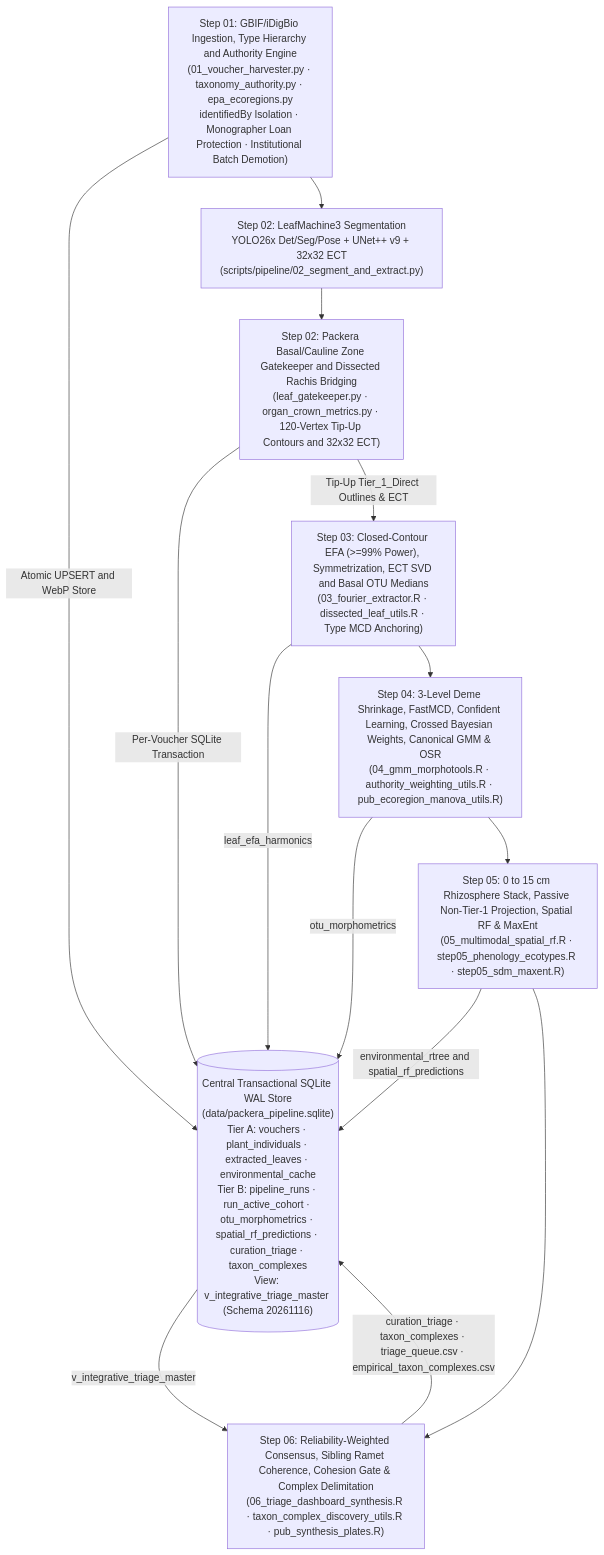
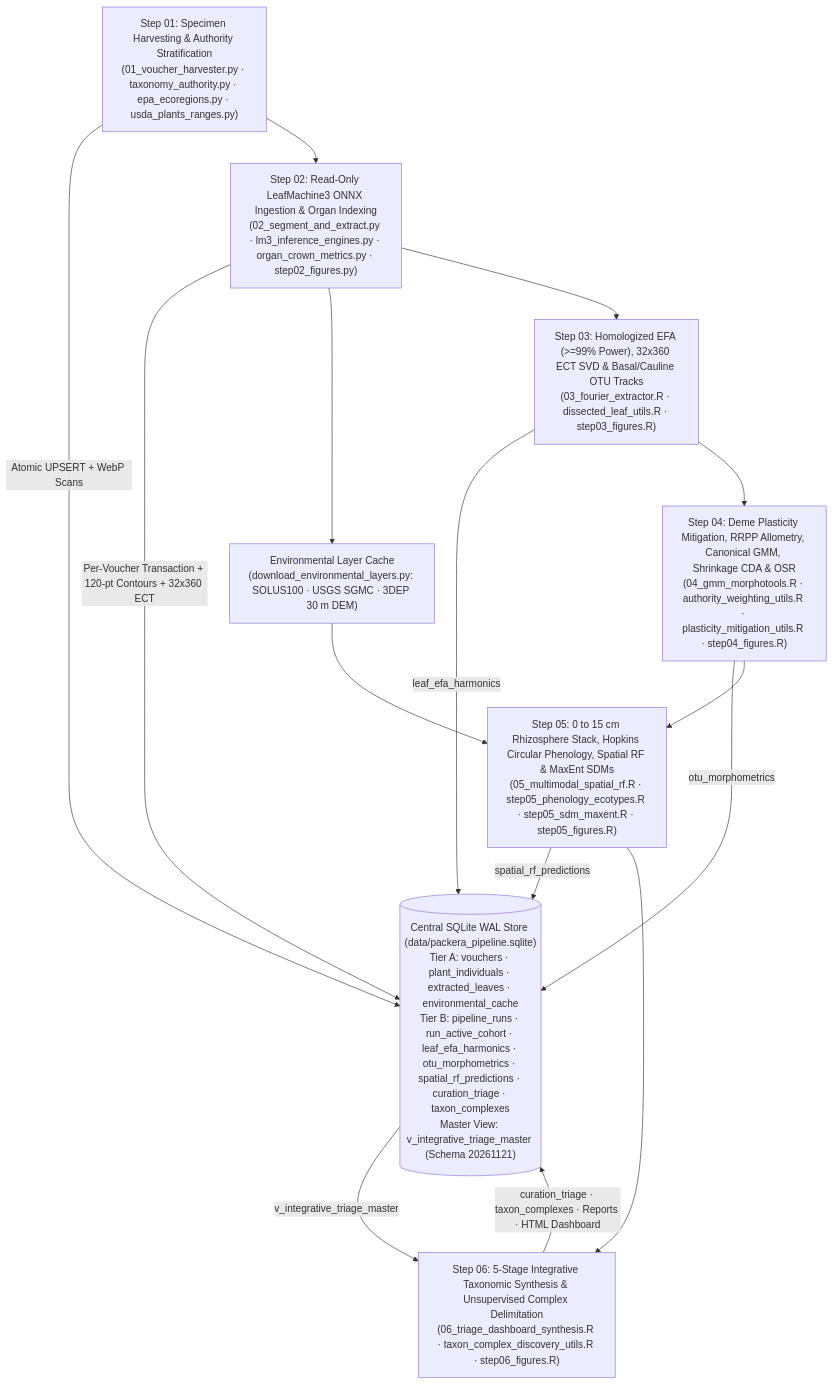
One commit to Plantatsrophe/Packera_dubia_morphometrics changed the diagram in README.md. Above: the diagram before and after it, drawn with Mermaid. The commit also changed other lines of this file and 36 other files, not shown here.

Commit message:
refactor: add project metadata, documentation, and figure generation scripts for pipeline analysis

````diff
--- a/README.md
+++ b/README.md
@@ -47,18 +30,19 @@
 ```mermaid
 flowchart TD
-    DB[("Central Transactional SQLite WAL Store\n(data/packera_pipeline.sqlite)\nTier A: vouchers · plant_individuals · extracted_leaves · environmental_cache\nTier B: pipeline_runs · run_active_cohort · otu_morphometrics · spatial_rf_predictions · curation_triage · taxon_complexes\nView: v_integrative_triage_master (Schema 20261116)")]
+    DB[("Central SQLite WAL Store (data/packera_pipeline.sqlite)\nTier A: vouchers · plant_individuals · extracted_leaves · environmental_cache\nTier B: pipeline_runs · run_active_cohort · leaf_efa_harmonics · otu_morphometrics · spatial_rf_predictions · curation_triage · taxon_complexes\nMaster View: v_integrative_triage_master (Schema 20261121)")]
 
-    B1["Step 01: GBIF/iDigBio Ingestion, Type Hierarchy and Authority Engine\n(01_voucher_harvester.py · taxonomy_authority.py · epa_ecoregions.py\nidentifiedBy Isolation · Monographer Loan Protection · Institutional Batch Demotion)"] -->|"Atomic UPSERT and WebP Store"| DB
-    B1 --> S02["Step 02: LeafMachine3 Segmentation<br/>YOLO26x Det/Seg/Pose + UNet++ v9 + 32x32 ECT<br/>(scripts/pipeline/02_segment_and_extract.py)"]
-    S02 --> B3["Step 02: Packera Basal/Cauline Zone Gatekeeper and Dissected Rachis Bridging\n(leaf_gatekeeper.py · organ_crown_metrics.py · 120-Vertex Tip-Up Contours and 32x32 ECT)"]
-    B3 -->|"Per-Voucher SQLite Transaction"| DB
-    B3 -->|"Tip-Up Tier_1_Direct Outlines & ECT"| B4["Step 03: Closed-Contour EFA (>=99% Power), Symmetrization, ECT SVD and Basal OTU Medians\n(03_fourier_extractor.R · dissected_leaf_utils.R · Type MCD Anchoring)"]
-    B4 -->|"leaf_efa_harmonics"| DB
-    B4 --> B5["Step 04: 3-Level Deme Shrinkage, FastMCD, Confident Learning, Crossed Bayesian Weights, Canonical GMM & OSR\n(04_gmm_morphotools.R · authority_weighting_utils.R · pub_ecoregion_manova_utils.R)"]
-    B5 -->|"otu_morphometrics"| DB
-    B5 --> B6["Step 05: 0 to 15 cm Rhizosphere Stack, Passive Non-Tier-1 Projection, Spatial RF & MaxEnt\n(05_multimodal_spatial_rf.R · step05_phenology_ecotypes.R · step05_sdm_maxent.R)"]
-    B6 -->|"environmental_rtree and spatial_rf_predictions"| DB
-    B6 --> B7["Step 06: Reliability-Weighted Consensus, Sibling Ramet Coherence, Cohesion Gate & Complex Delimitation\n(06_triage_dashboard_synthesis.R · taxon_complex_discovery_utils.R · pub_synthesis_plates.R)"]
-    DB -->|"v_integrative_triage_master"| B7
-    B7 -->|"curation_triage · taxon_complexes · triage_queue.csv · empirical_taxon_complexes.csv"| DB
+    S1["Step 01: Specimen Harvesting & Authority Stratification\n(01_voucher_harvester.py · taxonomy_authority.py · epa_ecoregions.py · usda_plants_ranges.py)"] -->|"Atomic UPSERT + WebP Scans"| DB
+    S1 --> S2["Step 02: Read-Only LeafMachine3 ONNX Ingestion & Organ Indexing\n(02_segment_and_extract.py · lm3_inference_engines.py · organ_crown_metrics.py · step02_figures.py)"]
+    S2 -->|"Per-Voucher Transaction + 120-pt Contours + 32x360 ECT"| DB
+    S2 --> E0["Environmental Layer Cache\n(download_environmental_layers.py: SOLUS100 · USGS SGMC · 3DEP 30 m DEM)"]
+    E0 --> S5
+    S2 --> S3["Step 03: Homologized EFA (>=99% Power), 32x360 ECT SVD & Basal/Cauline OTU Tracks\n(03_fourier_extractor.R · dissected_leaf_utils.R · step03_figures.R)"]
+    S3 -->|"leaf_efa_harmonics"| DB
+    S3 --> S4["Step 04: Deme Plasticity Mitigation, RRPP Allometry, Canonical GMM, Shrinkage CDA & OSR\n(04_gmm_morphotools.R · authority_weighting_utils.R · plasticity_mitigation_utils.R · step04_figures.R)"]
+    S4 -->|"otu_morphometrics"| DB
+    S4 --> S5["Step 05: 0 to 15 cm Rhizosphere Stack, Hopkins Circular Phenology, Spatial RF & MaxEnt SDMs\n(05_multimodal_spatial_rf.R · step05_phenology_ecotypes.R · step05_sdm_maxent.R · step05_figures.R)"]
+    S5 -->|"spatial_rf_predictions"| DB
+    S5 --> S6["Step 06: 5-Stage Integrative Taxonomic Synthesis & Unsupervised Complex Delimitation\n(06_triage_dashboard_synthesis.R · taxon_complex_discovery_utils.R · step06_figures.R)"]
+    DB -->|"v_integrative_triage_master"| S6
+    S6 -->|"curation_triage · taxon_complexes · Reports · HTML Dashboard"| DB
 ```
````
